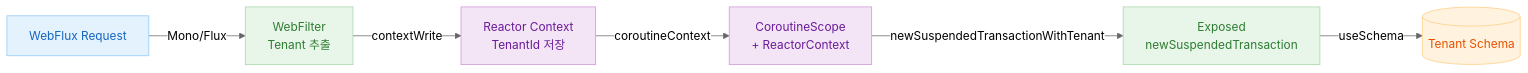
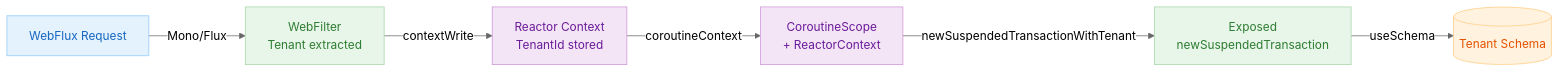
Before and after one commit to bluetape4k/exposed-workshop: the third of 4 diagrams in 10-multi-tenant/03-multitenant-spring-webflux/README.md, drawn with Mermaid (neutral theme). The commit also changed other lines of this file and 115 other files, not shown here.

````diff
--- a/10-multi-tenant/03-multitenant-spring-webflux/README.md
+++ b/10-multi-tenant/03-multitenant-spring-webflux/README.md
@@ -153,20 +153,20 @@
 ```mermaid
 flowchart LR
-    Request[WebFlux Request] --> |Mono/Flux| WebFilter[WebFilter\nTenant 추출]
-    WebFilter --> |contextWrite| ReactorCtx[Reactor Context\nTenantId 저장]
+    Request[WebFlux Request] --> |Mono/Flux| WebFilter[WebFilter\nTenant extracted]
+    WebFilter --> |contextWrite| ReactorCtx[Reactor Context\nTenantId stored]
     ReactorCtx --> |coroutineContext| CoroutineScope[CoroutineScope\n+ ReactorContext]
     CoroutineScope --> |newSuspendedTransactionWithTenant| ExposedDB[Exposed\nnewSuspendedTransaction]
     ExposedDB --> |useSchema| TenantDB[(Tenant Schema)]
 
     classDef blue fill:#E3F2FD,stroke:#90CAF9,color:#1565C0
     classDef green fill:#E8F5E9,stroke:#A5D6A7,color:#2E7D32
     classDef purple fill:#F3E5F5,stroke:#CE93D8,color:#6A1B9A
     classDef orange fill:#FFF3E0,stroke:#FFCC80,color:#E65100
 
     class Request blue
     class WebFilter green
     class ReactorCtx purple
     class CoroutineScope purple
     class ExposedDB green
     class TenantDB orange
 ```
````
